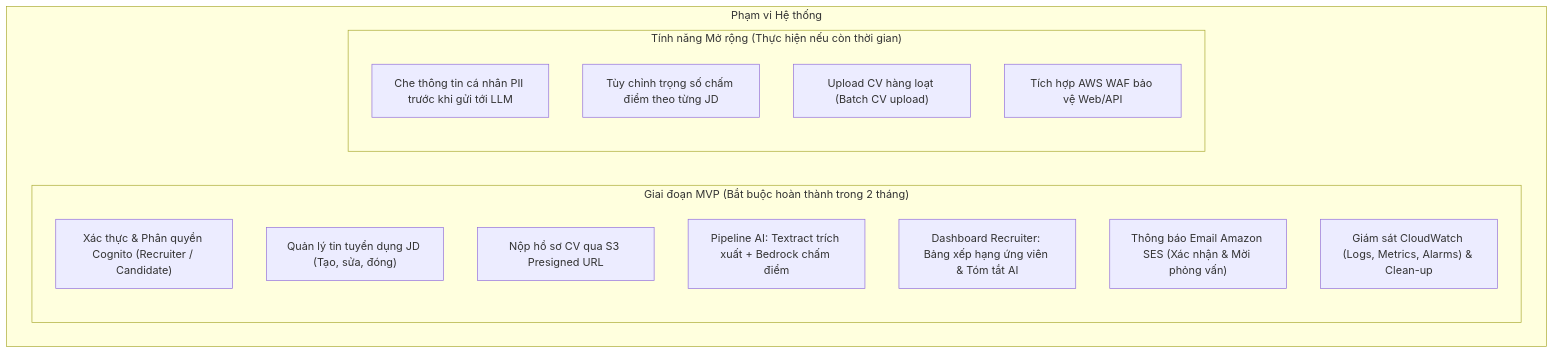
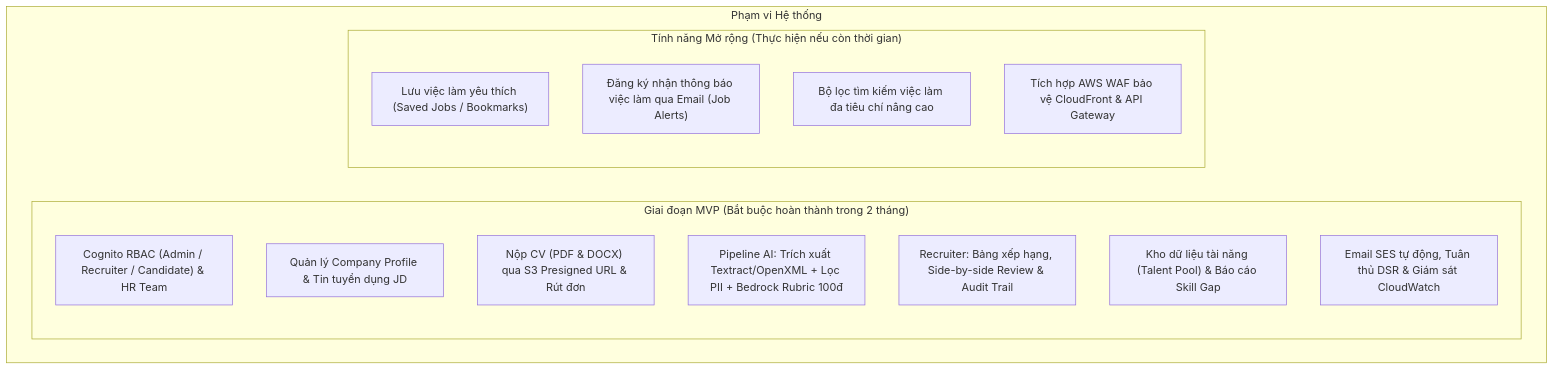
Before and after one commit to NguyenThanhTin235/aws-ai-cv-screening: the diagram in docs/proposal/proposal.vi.md, drawn with Mermaid. The commit also changed other lines of this file, not shown here.

Commit message:
docs(proposal): align roadmap and scope with enriched requirements

````diff
--- a/docs/proposal/proposal.vi.md
+++ b/docs/proposal/proposal.vi.md
@@ -44,20 +44,20 @@
 ```mermaid
 graph TD
     subgraph Scope["Phạm vi Hệ thống"]
         subgraph MVP["Giai đoạn MVP (Bắt buộc hoàn thành trong 2 tháng)"]
-            A1["Xác thực & Phân quyền Cognito (Recruiter / Candidate)"]
-            A2["Quản lý tin tuyển dụng JD (Tạo, sửa, đóng)"]
-            A3["Nộp hồ sơ CV qua S3 Presigned URL"]
-            A4["Pipeline AI: Textract trích xuất + Bedrock chấm điểm"]
-            A5["Dashboard Recruiter: Bảng xếp hạng ứng viên & Tóm tắt AI"]
-            A6["Thông báo Email Amazon SES (Xác nhận & Mời phỏng vấn)"]
-            A7["Giám sát CloudWatch (Logs, Metrics, Alarms) & Clean-up"]
+            A1["Cognito RBAC (Admin / Recruiter / Candidate) & HR Team"]
+            A2["Quản lý Company Profile & Tin tuyển dụng JD"]
+            A3["Nộp CV (PDF & DOCX) qua S3 Presigned URL & Rút đơn"]
+            A4["Pipeline AI: Trích xuất Textract/OpenXML + Lọc PII + Bedrock Rubric 100đ"]
+            A5["Recruiter: Bảng xếp hạng, Side-by-side Review & Audit Trail"]
+            A6["Kho dữ liệu tài năng (Talent Pool) & Báo cáo Skill Gap"]
+            A7["Email SES tự động, Tuân thủ DSR & Giám sát CloudWatch"]
         end
         subgraph Extended["Tính năng Mở rộng (Thực hiện nếu còn thời gian)"]
-            B1["Che thông tin cá nhân PII trước khi gửi tới LLM"]
-            B2["Tùy chỉnh trọng số chấm điểm theo từng JD"]
-            B3["Upload CV hàng loạt (Batch CV upload)"]
-            B4["Tích hợp AWS WAF bảo vệ Web/API"]
+            B1["Lưu việc làm yêu thích (Saved Jobs / Bookmarks)"]
+            B2["Đăng ký nhận thông báo việc làm qua Email (Job Alerts)"]
+            B3["Bộ lọc tìm kiếm việc làm đa tiêu chí nâng cao"]
+            B4["Tích hợp AWS WAF bảo vệ CloudFront & API Gateway"]
         end
     end
 ```
````
